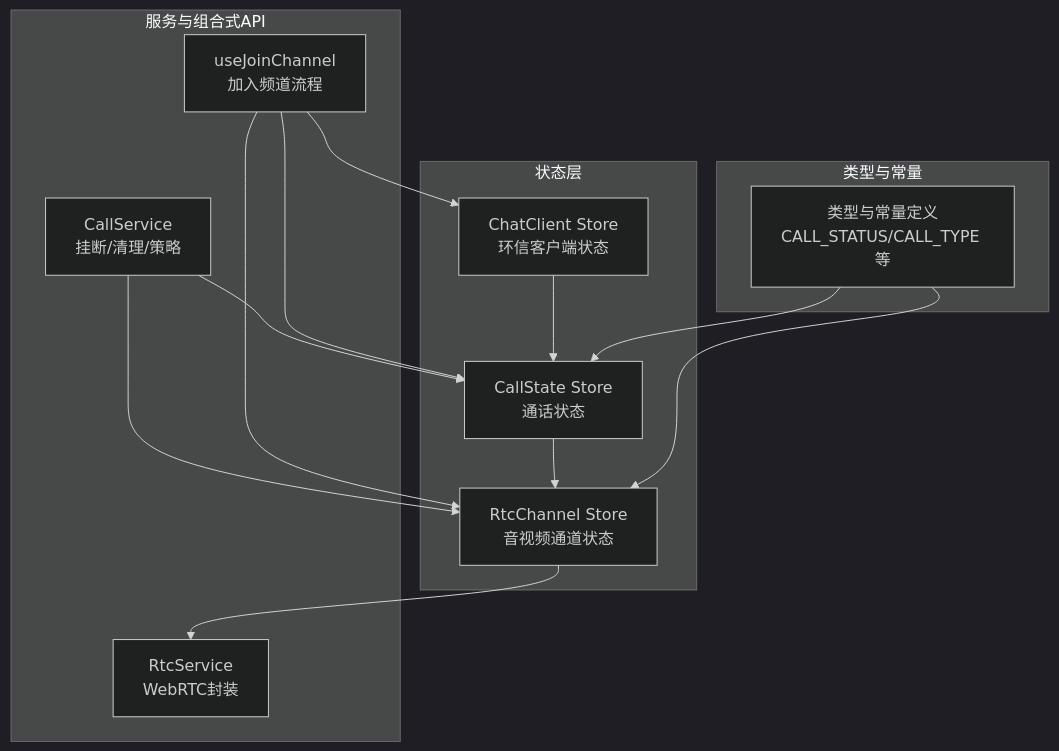
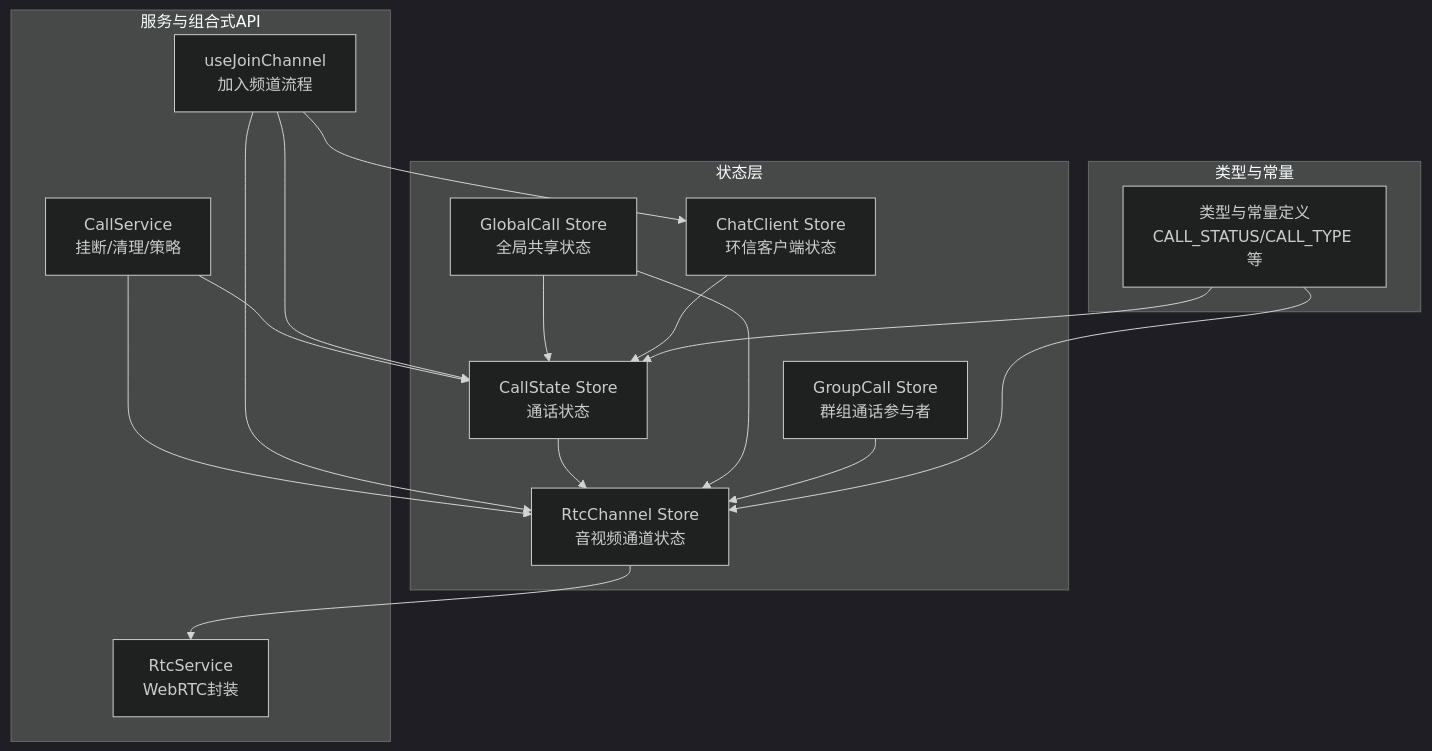
Before and after one commit to Easemob-Community/easemob-uikit-callkit-vue3: the first of 4 diagrams in .qoder/repowiki/zh/content/状态管理/状态管理.md, drawn with Mermaid (dark theme). The commit also changed other lines of this file and 54 other files, not shown here.

````diff
--- a/.qoder/repowiki/zh/content/状态管理/状态管理.md
+++ b/.qoder/repowiki/zh/content/状态管理/状态管理.md
@@ -38,26 +47,31 @@
 ```mermaid
 graph TB
 subgraph "状态层"
 CS["CallState Store<br/>通话状态"]
+GC["GlobalCall Store<br/>全局共享状态"]
 RC["RtcChannel Store<br/>音视频通道状态"]
 CC["ChatClient Store<br/>环信客户端状态"]
+GCS["GroupCall Store<br/>群组通话参与者"]
 end
 subgraph "类型与常量"
 CT["类型与常量定义<br/>CALL_STATUS/CALL_TYPE 等"]
 end
 subgraph "服务与组合式API"
 CSVC["CallService<br/>挂断/清理/策略"]
 UJC["useJoinChannel<br/>加入频道流程"]
 RSVC["RtcService<br/>WebRTC封装"]
 end
 CS --> RC
+GC --> CS
+GC --> RC
 CC --> CS
 RC --> RSVC
 CSVC --> CS
 CSVC --> RC
 UJC --> CS
 UJC --> RC
 UJC --> CC
+GCS --> RC
 CT --> CS
 CT --> RC
 ```
````
